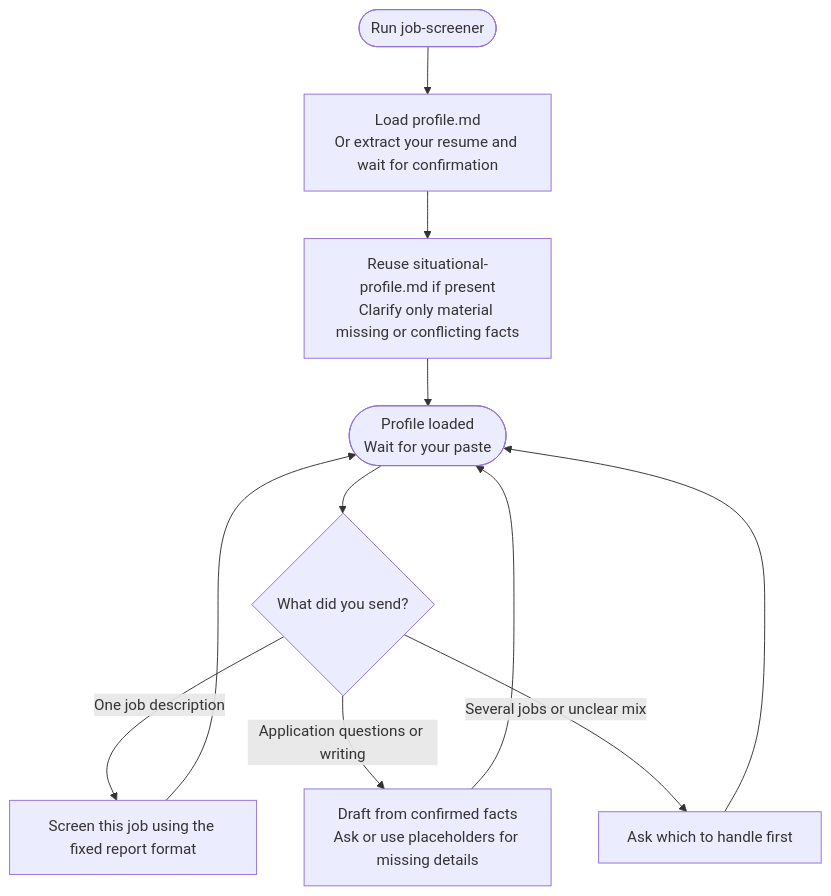
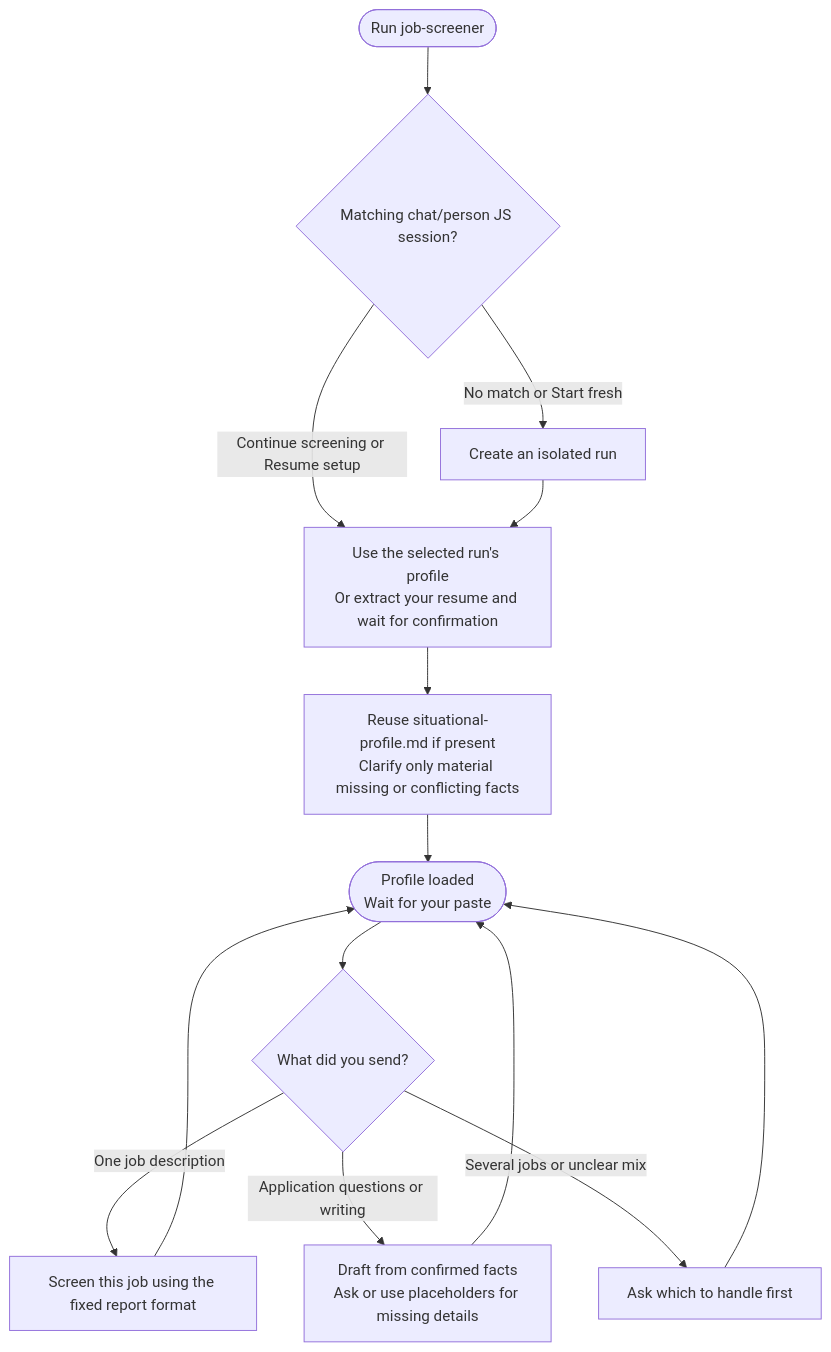
One commit to myowinthein/agent-compass changed the diagram in docs/commands/job-screener.md. Above: the diagram before and after it, drawn with Mermaid. The commit also changed other lines of this file and 12 other files, not shown here.

Commit message:
fix(job-screener): isolate profiles by chat and person

````diff
--- a/docs/commands/job-screener.md
+++ b/docs/commands/job-screener.md
@@ -22,13 +22,16 @@
 ```mermaid
 flowchart TD
-  Start(["Run job-screener"]) --> Profile["Load profile.md<br/>Or extract your resume and wait for confirmation"]
+  Start(["Run job-screener"]) --> Run{"Matching chat/person JS session?"}
+  Run -->|Continue screening or Resume setup| Profile["Use the selected run's profile<br/>Or extract your resume and wait for confirmation"]
+  Run -->|No match or Start fresh| New["Create an isolated run"]
+  New --> Profile
   Profile --> Context["Reuse situational-profile.md if present<br/>Clarify only material missing or conflicting facts"]
   Context --> Wait(["Profile loaded<br/>Wait for your paste"])
   Wait --> Kind{"What did you send?"}
   Kind -->|One job description| Screen["Screen this job using the fixed report format"]
   Kind -->|Application questions or writing| Draft["Draft from confirmed facts<br/>Ask or use placeholders for missing details"]
   Kind -->|Several jobs or unclear mix| Ask["Ask which to handle first"]
   Screen --> Wait
   Draft --> Wait
   Ask --> Wait
 ```
````
